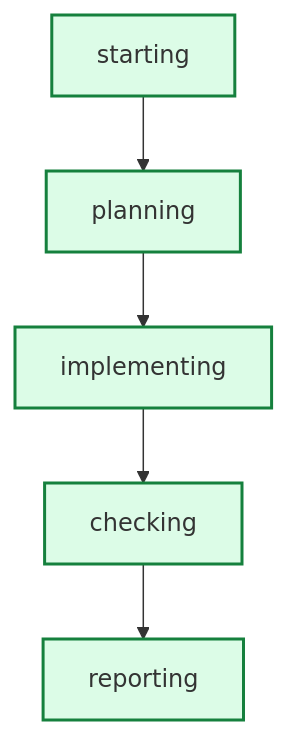
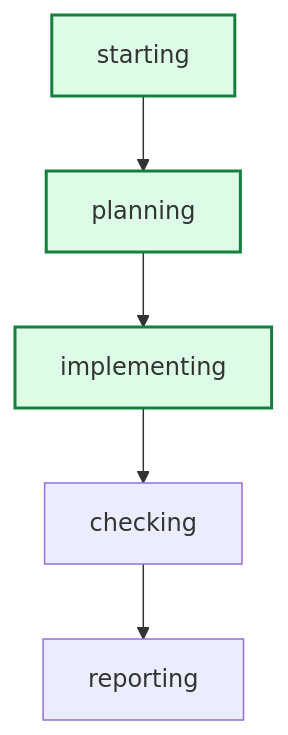
One commit to daniell0gda/hermes-feature-check-dashboard changed the diagram in latest/graph.mmd. Above: the diagram before and after it, drawn with Mermaid. The commit also changed 40 other files, not shown here.

```diff
--- a/latest/graph.mmd
+++ b/latest/graph.mmd
@@ -1,14 +1,12 @@
 graph TD
     starting --> planning
     planning --> implementing
     implementing --> checking
     checking --> reporting
 
 classDef done fill:#dcfce7,stroke:#15803d,stroke-width:2px;
 classDef active fill:#dbeafe,stroke:#2563eb,stroke-width:3px;
 classDef failed fill:#fee2e2,stroke:#b42318,stroke-width:2px;
-class checking done;
 class implementing done;
 class starting done;
-class reporting done;
 class planning done;
```
